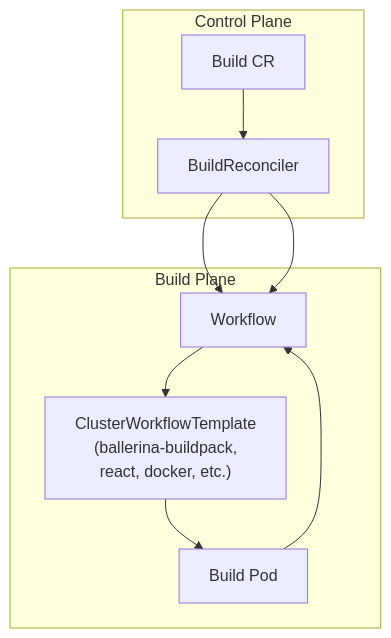
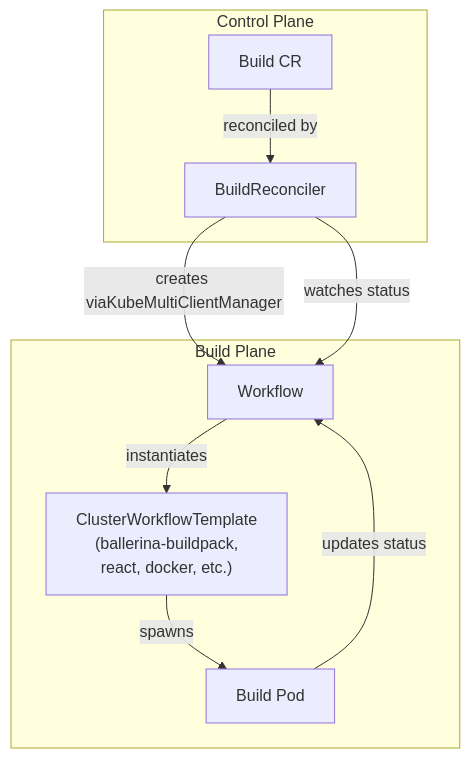
Before and after one commit to openchoreo/openchoreo: the fifth of 6 diagrams in docs/deepwiki/Multi-Cluster-Architecture.md, drawn with Mermaid. The commit also changed other lines of this file and 85 other files, not shown here.

Commit message:
feat: Add new workflow and specification templates, update Helm chart dependencies, and clarify documentation diagrams.

````diff
--- a/docs/deepwiki/Multi-Cluster-Architecture.md
+++ b/docs/deepwiki/Multi-Cluster-Architecture.md
@@ -374,27 +374,27 @@
 ```mermaid
 flowchart TD
 
 BuildCR["Build CR"]
 BuildRecon["BuildReconciler"]
 Workflow["Workflow"]
 Template["ClusterWorkflowTemplate<br>(ballerina-buildpack,<br>react, docker, etc.)"]
 Pod["Build Pod"]
 
-BuildRecon --> Workflow
-BuildRecon --> Workflow
+BuildRecon -->|"creates viaKubeMultiClientManager"| Workflow
+BuildRecon -->|"watches status"| Workflow
 
 subgraph BP ["Build Plane"]
     Workflow
     Template
     Pod
-    Workflow --> Template
-    Template --> Pod
-    Pod --> Workflow
+    Workflow -->|"instantiates"| Template
+    Template -->|"spawns"| Pod
+    Pod -->|"updates status"| Workflow
 end
 
 subgraph CP ["Control Plane"]
     BuildCR
     BuildRecon
-    BuildCR --> BuildRecon
+    BuildCR -->|"reconciled by"| BuildRecon
 end
 ```
````
